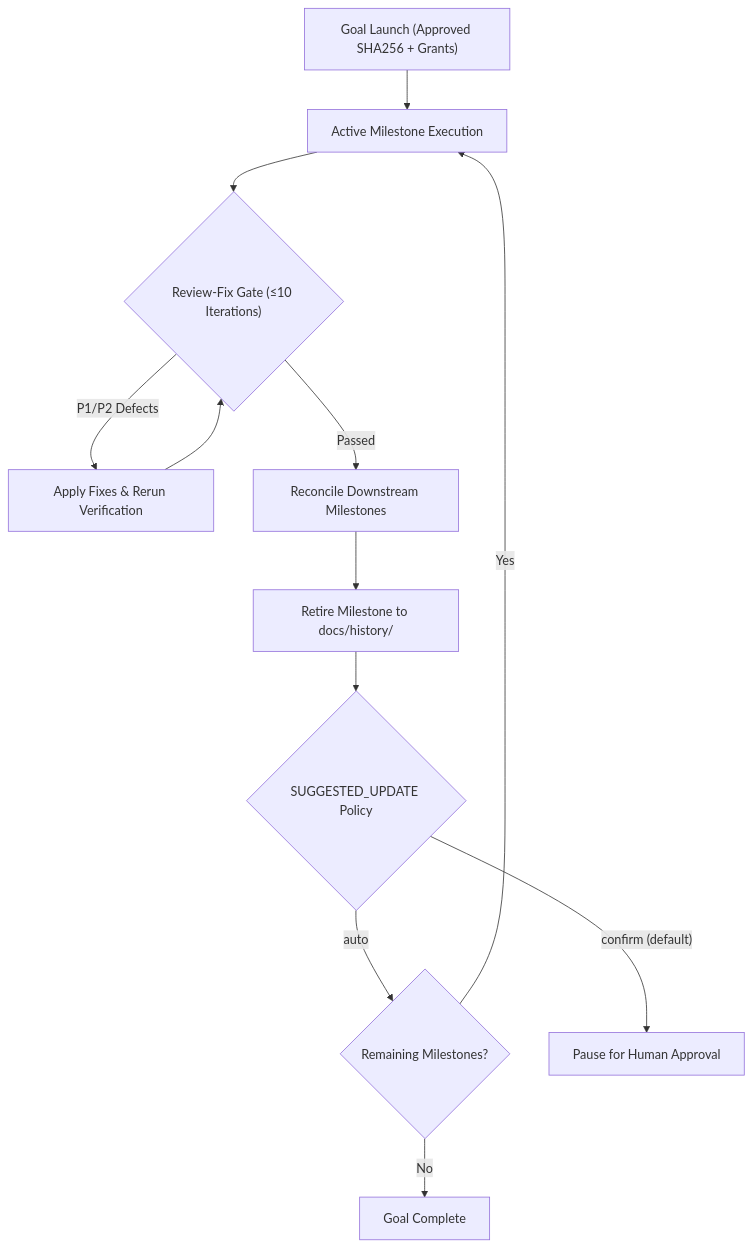
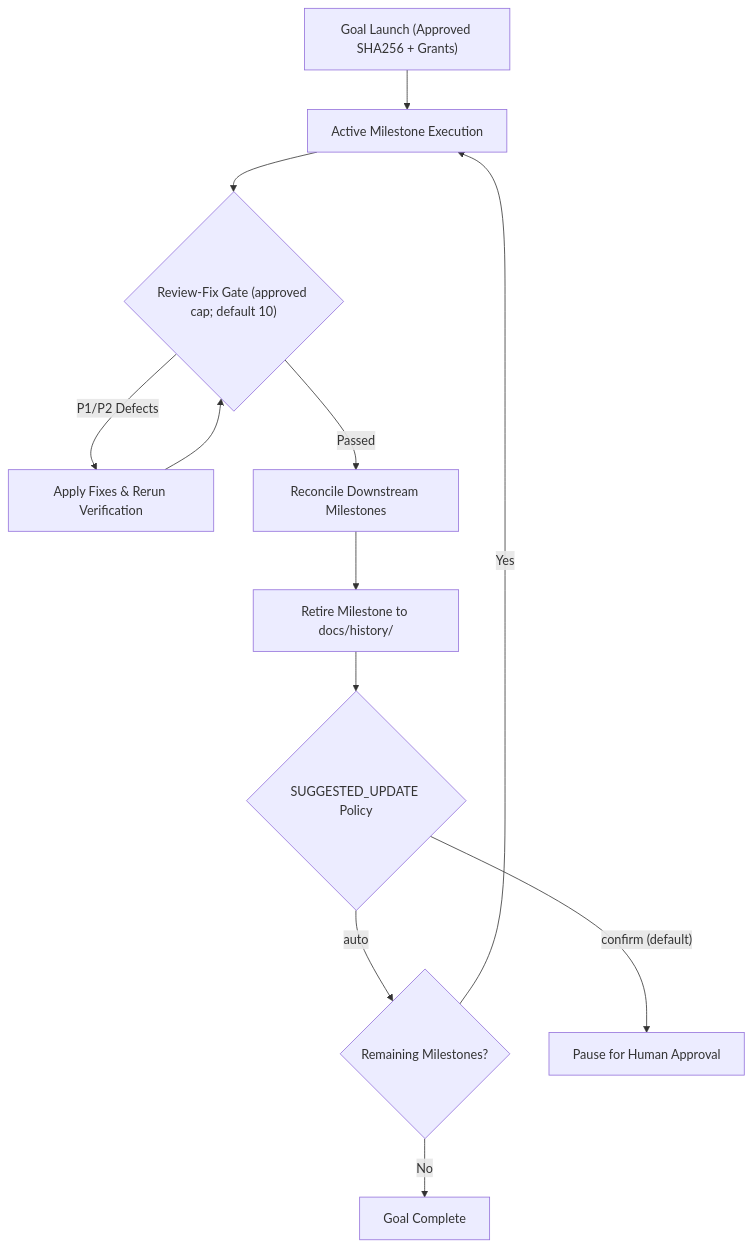
Before and after one commit to tabilet/skills: the diagram in docs/automation.md, drawn with Mermaid. The commit also changed other lines of this file and 46 other files, not shown here.

````diff
--- a/docs/automation.md
+++ b/docs/automation.md
@@ -23,14 +23,14 @@
 ```mermaid
 flowchart TD
     Launch["Goal Launch (Approved SHA256 + Grants)"] --> Milestone["Active Milestone Execution"]
-    Milestone --> ReviewGate{"Review-Fix Gate (≤10 Iterations)"}
+    Milestone --> ReviewGate{"Review-Fix Gate (approved cap; default 10)"}
     ReviewGate -- "P1/P2 Defects" --> Fix["Apply Fixes & Rerun Verification"]
     Fix --> ReviewGate
     ReviewGate -- "Passed" --> Reconcile["Reconcile Downstream Milestones"]
     Reconcile --> Retire["Retire Milestone to docs/history/"]
     Retire --> Refresh{"SUGGESTED_UPDATE Policy"}
     Refresh -- "auto" --> CheckDone{"Remaining Milestones?"}
     Refresh -- "confirm (default)" --> Pause["Pause for Human Approval"]
     CheckDone -- "Yes" --> Milestone
     CheckDone -- "No" --> GoalComplete["Goal Complete"]
 ```
````
